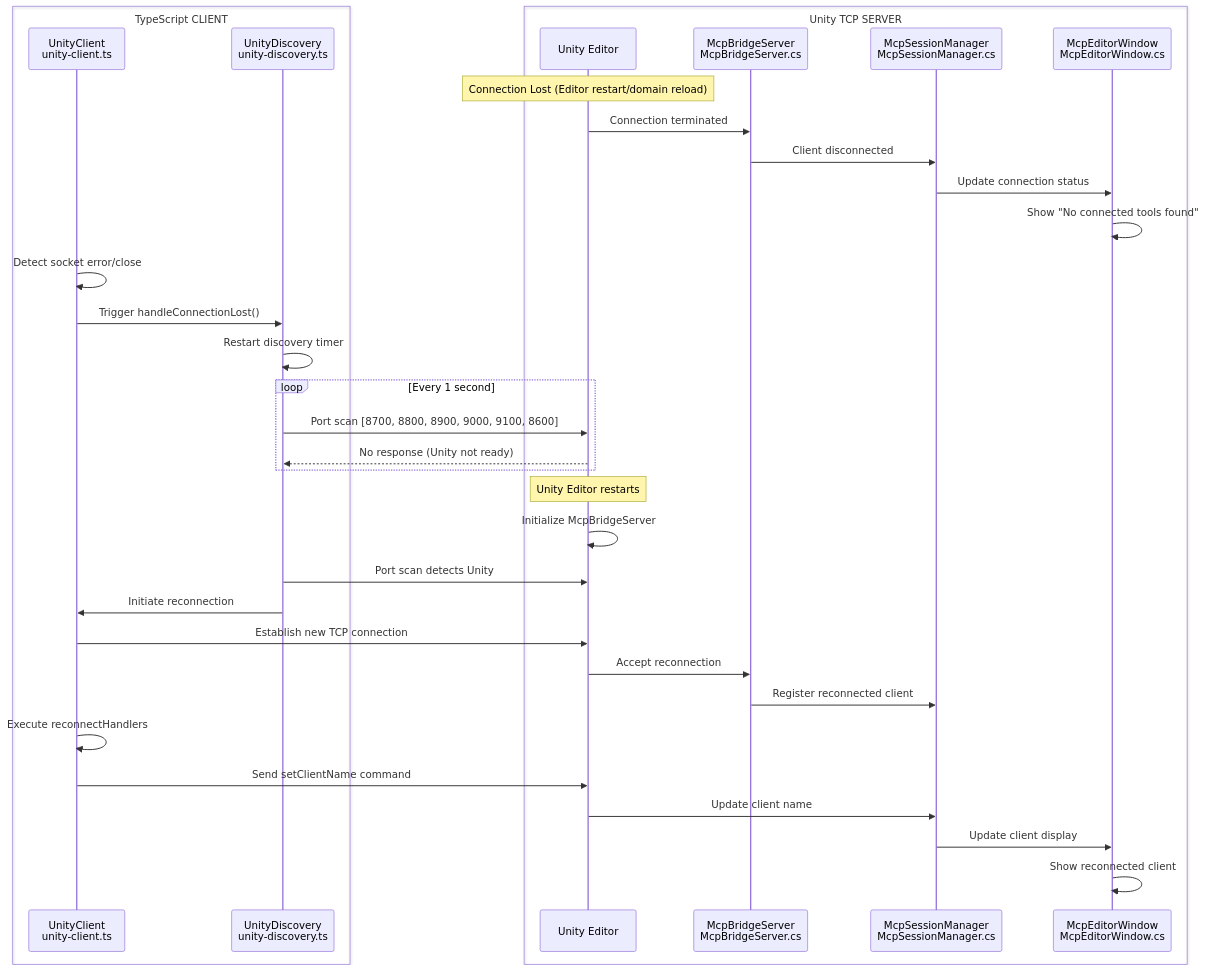
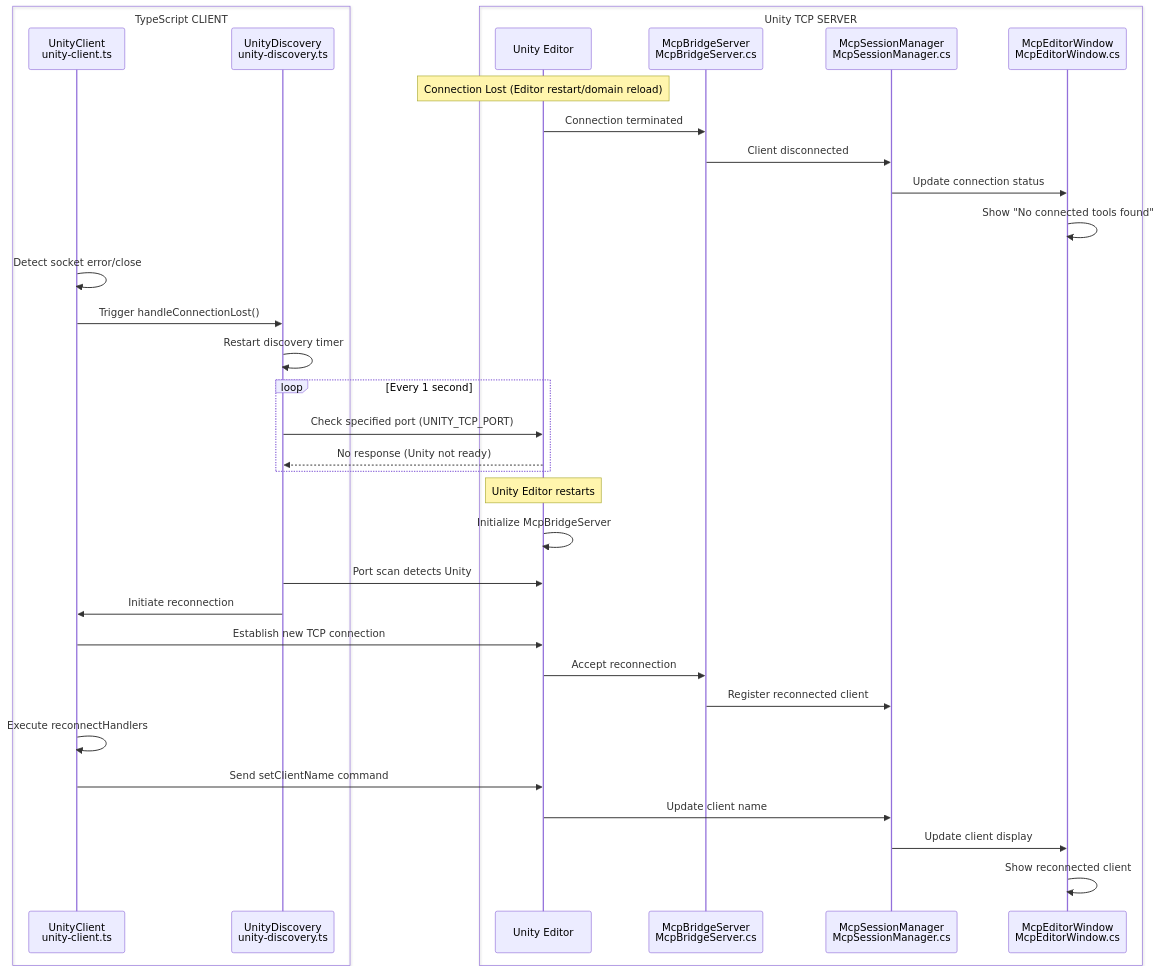
The tenth of 16 diagrams in Packages/src/ARCHITECTURE.md (hatayama/uLoopMCP), drawn with Mermaid before and after one commit. The commit also changed other lines of this file and 3 other files, not shown here.

First line of the commit message:
refactor: optimize Unity discovery to use single specified port

````diff
--- a/Packages/src/ARCHITECTURE.md
+++ b/Packages/src/ARCHITECTURE.md
@@ -832,45 +832,45 @@
 ```mermaid
 sequenceDiagram
     box TypeScript CLIENT
     participant UC as UnityClient<br/>unity-client.ts
     participant UD as UnityDiscovery<br/>unity-discovery.ts
     end
     
     box Unity TCP SERVER
     participant Unity as Unity Editor
     participant MB as McpBridgeServer<br/>McpBridgeServer.cs
     participant SM as McpSessionManager<br/>McpSessionManager.cs
     participant UI as McpEditorWindow<br/>McpEditorWindow.cs
     end
     
     Note over Unity: Connection Lost (Editor restart/domain reload)
     
     Unity->>MB: Connection terminated
     MB->>SM: Client disconnected
     SM->>UI: Update connection status
     UI->>UI: Show "No connected tools found"
     
     UC->>UC: Detect socket error/close
     UC->>UD: Trigger handleConnectionLost()
     UD->>UD: Restart discovery timer
     
     loop Every 1 second
-        UD->>Unity: Port scan [8700, 8800, 8900, 9000, 9100, 8600]
+        UD->>Unity: Check specified port (UNITY_TCP_PORT)
         Unity-->>UD: No response (Unity not ready)
     end
     
     Note over Unity: Unity Editor restarts
     Unity->>Unity: Initialize McpBridgeServer
     
     UD->>Unity: Port scan detects Unity
     UD->>UC: Initiate reconnection
     UC->>Unity: Establish new TCP connection
     Unity->>MB: Accept reconnection
     MB->>SM: Register reconnected client
     
     UC->>UC: Execute reconnectHandlers
     UC->>Unity: Send setClientName command
     Unity->>SM: Update client name
     SM->>UI: Update client display
     UI->>UI: Show reconnected client
 ```
````
